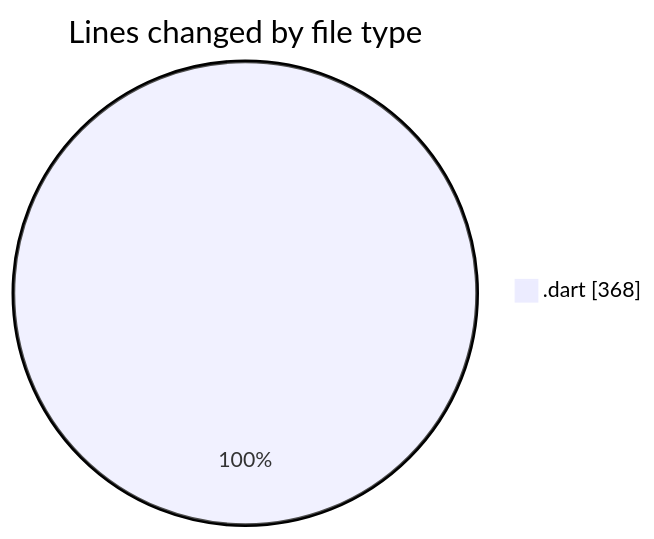
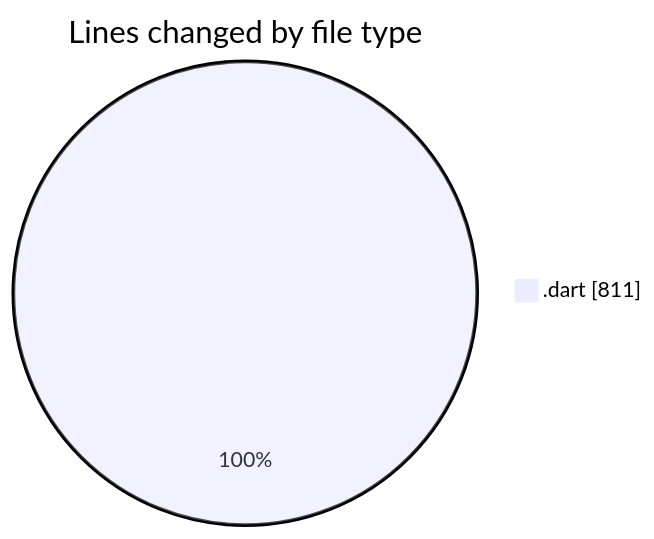
Before and after one commit to donsfak/code-tracking: the first of 2 diagrams in 2025-01-23/trackers_app/README.md, drawn with Mermaid. The commit also changed other lines of this file and 1 other file, not shown here.

````diff
--- a/2025-01-23/trackers_app/README.md
+++ b/2025-01-23/trackers_app/README.md
@@ -23,5 +23,5 @@
 ```mermaid
 pie showData
 title Lines changed by file type
-".dart" : 368
+".dart" : 811
 ```
````
